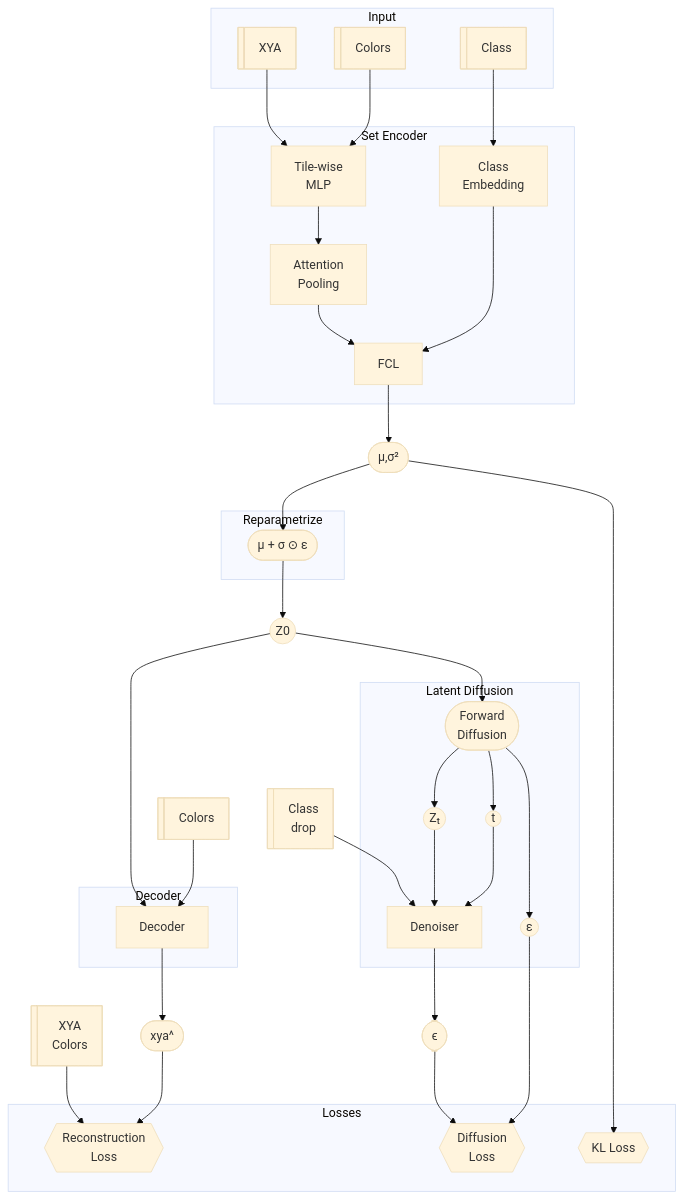
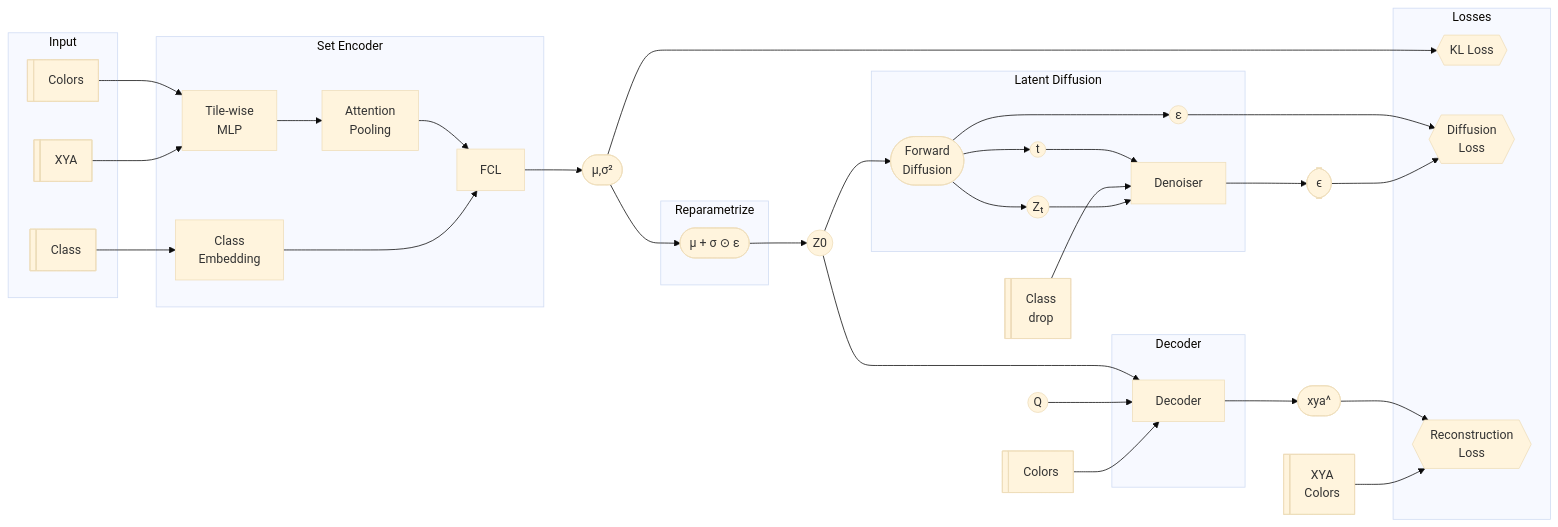
One commit to rakeshvar/penrose_diffusion changed the first of 2 diagrams in code/models/latentdiff/lion.md. Above: the diagram before and after it, drawn with Mermaid (base theme). The commit also changed 19 other files, not shown here.

````diff
--- a/code/models/latentdiff/lion.md
+++ b/code/models/latentdiff/lion.md
@@ -3,73 +3,74 @@
 ```mermaid
-flowchart TD
+flowchart LR
 
 %% Inputs
 subgraph INPUT1["Input"]
 XYA@{ shape: lin-rect, label: "XYA" }
 COLORS@{ shape: lin-rect, label: "Colors" }
 CLASS@{ shape: lin-rect, label: "Class" }
 end
 
 XYA2@{ shape: lin-rect, label: "XYA
 Colors" }
 COLORS2@{ shape: lin-rect, label: "Colors" }
 CLASS2@{ shape: lin-rect, label: "Class
 drop" }
 
 %% Encoder
 subgraph ENC["Set Encoder"]
   TWMLP["Tile-wise 
     MLP"]
   ATTNPOOL["Attention 
     Pooling"]
   CLSEMBD["Class 
     Embedding"]
   FCL["FCL"]
 end
 
 COLORS --> TWMLP
 XYA --> TWMLP --> ATTNPOOL --> FCL
 CLASS --> CLSEMBD --> FCL
 FCL --> MUSIGMA2(["μ,σ²"]) --> LKL{{"KL Loss"}}
 
 subgraph REPARAMETRIZE["Reparametrize"]
   REPARAM(["μ + σ ⊙ ε"])
 end
 MUSIGMA2 --> REPARAM --> Z0(("Z0"))
 
 subgraph DIFFUSION["Latent Diffusion"]
   EPS(("ε"))
   FWDIFF(["Forward 
     Diffusion"])
   DENOISER["Denoiser"]
   ZT(("Zₜ"))
   T(("t"))
 end
 
 FWDIFF --> EPS --> LDIFF
 FWDIFF --> T --> DENOISER
 
 CLASS2 --> DENOISER
 Z0 --> FWDIFF --> ZT --> DENOISER --> EPSHAT([" ̂ϵ"])  --> LDIFF
 
 %% Decoder
 subgraph DEC["Decoder"]
   DECODER["Decoder"]
 end
 Z0 --> DECODER
+Q(("Q")) --> DECODER
 
 DECODER --> Tiles(["xya^"]) --> LREC
 COLORS2 --> DECODER
 
 %% Losses
 LREC{{"Reconstruction 
 Loss"}}
 LDIFF{{"Diffusion 
 Loss"}}
 XYA2 --> LREC
 subgraph LOSSES["Losses"]
  LREC
  LKL
  LDIFF
 end
 ```
````
